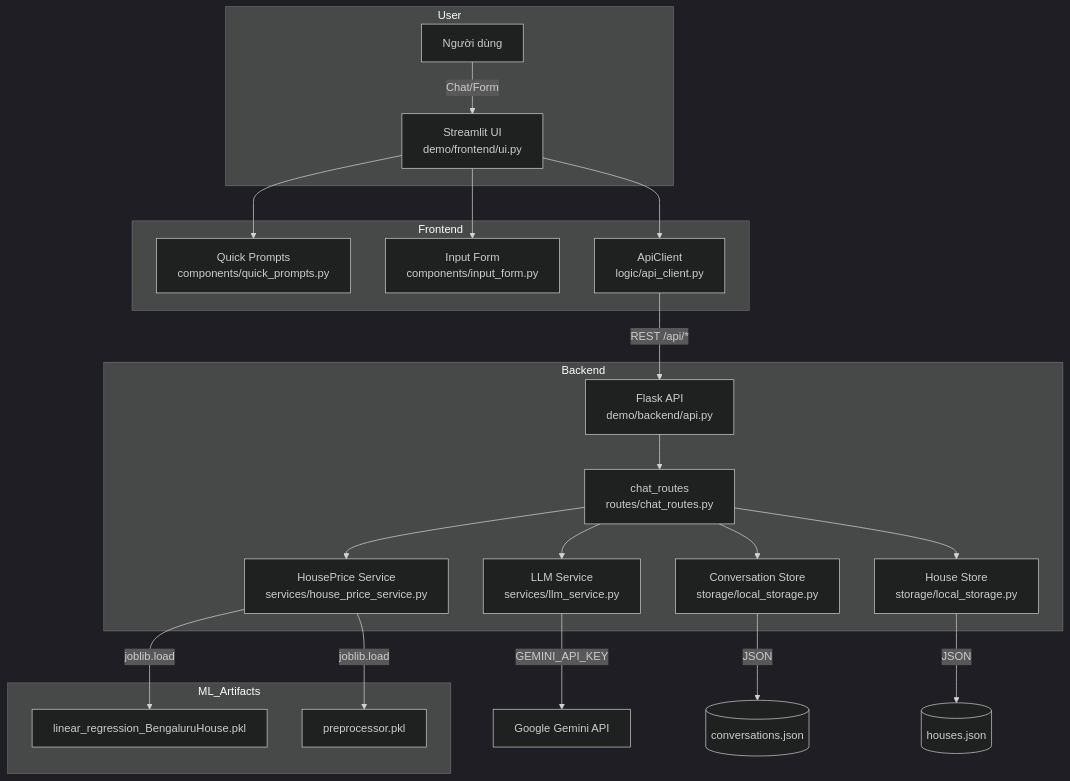
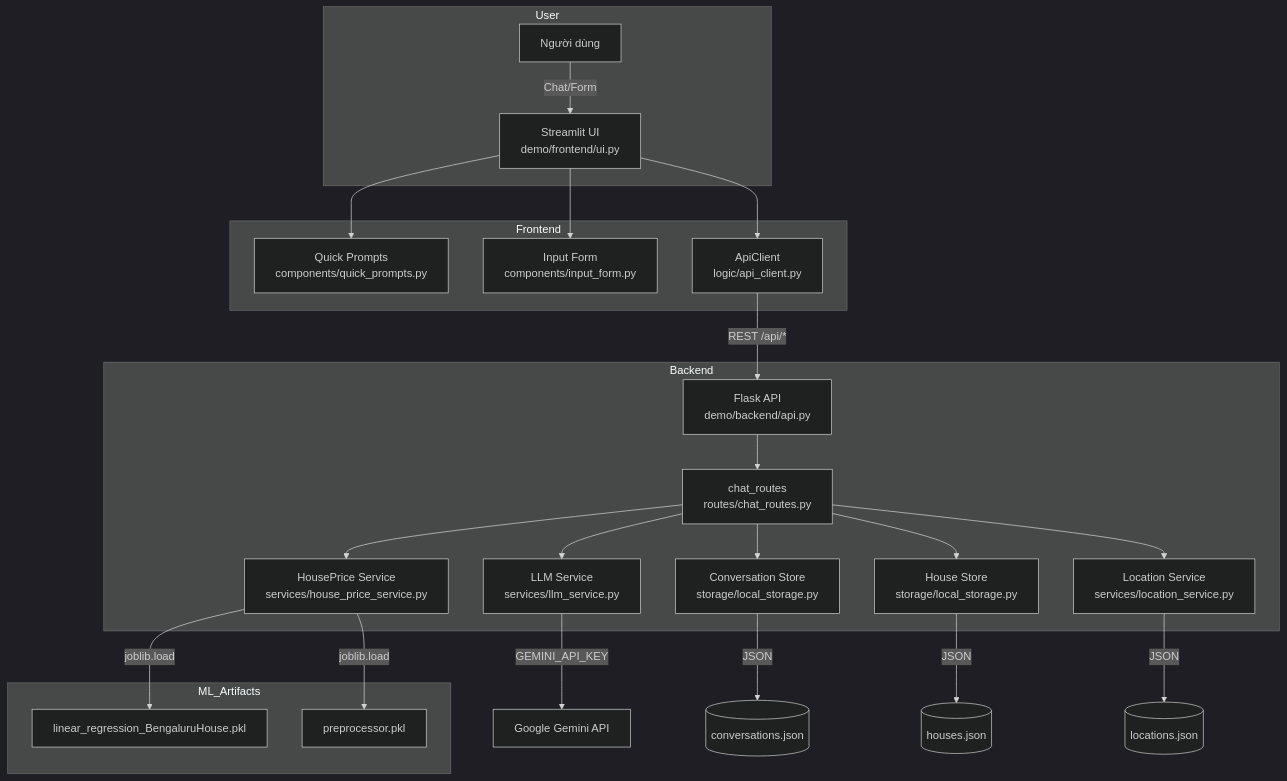
The diagram in README.md (A-Shy-Lion/Bengaluru_House), drawn with Mermaid (dark theme) before and after one commit. The commit also changed other lines of this file and 4 other files, not shown here.

````diff
--- a/README.md
+++ b/README.md
@@ -25,31 +25,33 @@
 ```mermaid
 graph TD
     subgraph User
         U[Người dùng] -->|Chat/Form| ST[Streamlit UI<br/>demo/frontend/ui.py]
     end
 
     subgraph Frontend
         ST --> QA[Quick Prompts<br/>components/quick_prompts.py]
         ST --> IF[Input Form<br/>components/input_form.py]
         ST --> AC[ApiClient<br/>logic/api_client.py]
     end
 
     AC -->|REST /api/*| FL[Flask API<br/>demo/backend/api.py]
 
     subgraph Backend
         FL --> CH[chat_routes<br/>routes/chat_routes.py]
         CH --> LLM[LLM Service<br/>services/llm_service.py]
         CH --> HP[HousePrice Service<br/>services/house_price_service.py]
         CH --> CS[Conversation Store<br/>storage/local_storage.py]
         CH --> HS[House Store<br/>storage/local_storage.py]
+        CH --> LOCS[Location Service<br/>services/location_service.py]
     end
 
     subgraph ML_Artifacts
         HP -->|joblib.load| M1[linear_regression_BengaluruHouse.pkl]
         HP -->|joblib.load| M2[preprocessor.pkl]
     end
 
     LLM -->|GEMINI_API_KEY| GX[Google Gemini API]
     CS -->|JSON| FS[(conversations.json)]
     HS -->|JSON| FH[(houses.json)]
+    LOCS -->|JSON| FLIST[(locations.json)]
 ```
````
